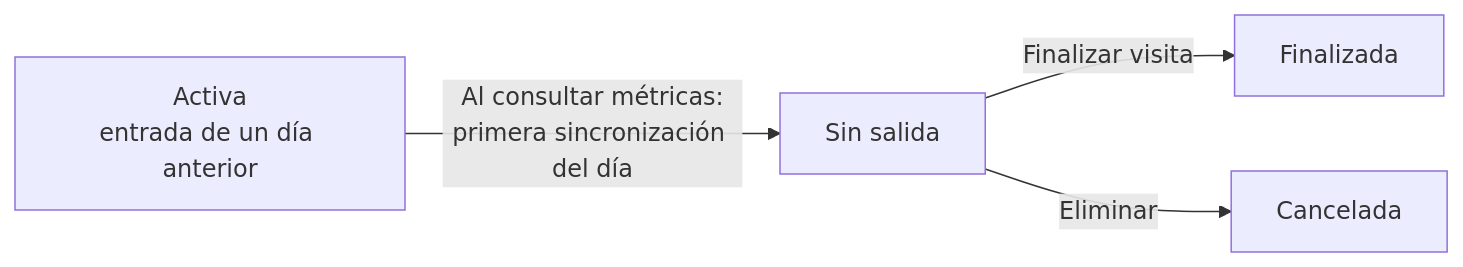
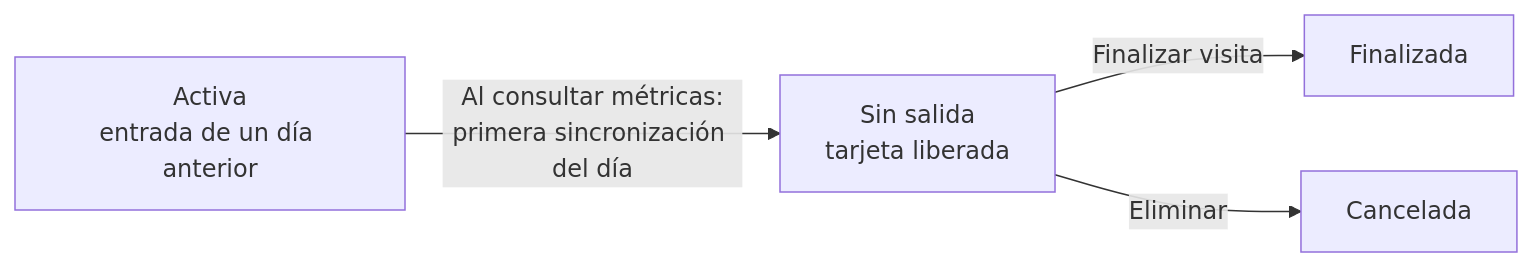
The sixth of 9 diagrams in documentacion/ciclo-de-vida-visitas.md (mschuf/porteria_back), drawn with Mermaid before and after one commit. The commit also changed other lines of this file and 16 other files, not shown here.

````diff
--- a/documentacion/ciclo-de-vida-visitas.md
+++ b/documentacion/ciclo-de-vida-visitas.md
@@ -183,6 +183,6 @@
 ```mermaid
 flowchart LR
-    A[Activa<br/>entrada de un día anterior] -->|Al consultar métricas:<br/>primera sincronización del día| B[Sin salida]
+    A[Activa<br/>entrada de un día anterior] -->|Al consultar métricas:<br/>primera sincronización del día| B[Sin salida<br/>tarjeta liberada]
     B -->|Finalizar visita| C[Finalizada]
     B -->|Eliminar| D[Cancelada]
 ```
````
